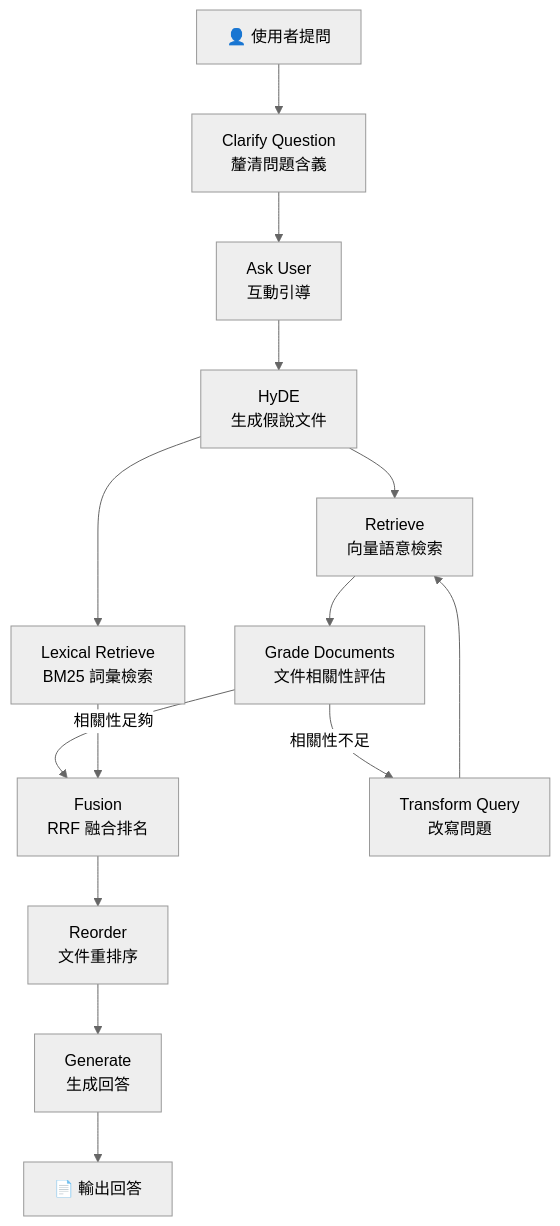
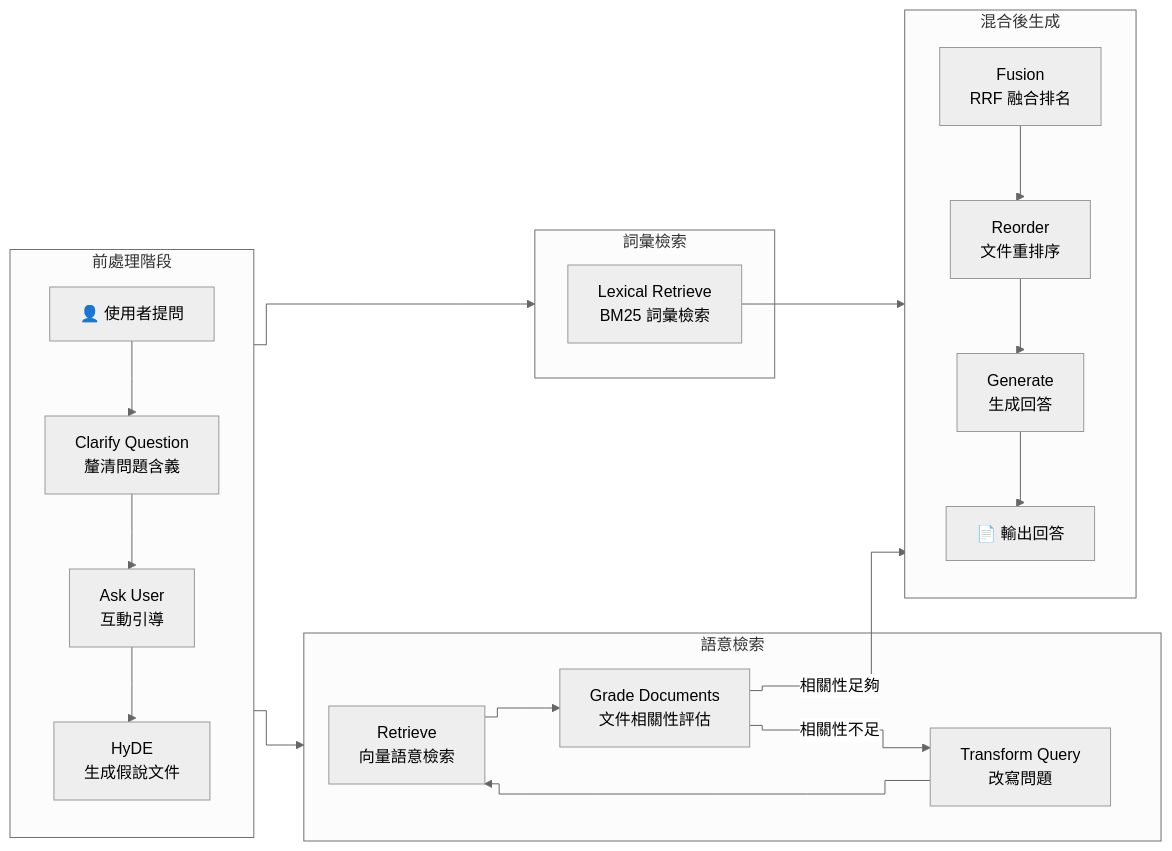
Before and after one commit to CharlieAlex/Box-Note-RAG: the diagram in README.md, drawn with Mermaid (neutral theme).

Commit message:
Update mermaid in README.

````diff
--- a/README.md
+++ b/README.md
@@ -24,16 +24,28 @@
 ```mermaid
-graph TD
-    A[👤 使用者提問] --> B[Clarify Question<br/>釐清問題含義]
-    B --> C[Ask User<br/>互動引導]
-    C --> D[HyDE<br/>生成假說文件]
-    D --> E[Retrieve<br/>向量語意檢索]
-    D --> F[Lexical Retrieve<br/>BM25 詞彙檢索]
-    E --> G[Grade Documents<br/>文件相關性評估]
-    G -->|相關性足夠| H[Fusion<br/>RRF 融合排名]
-    G -->|相關性不足| I[Transform Query<br/>改寫問題]
-    I --> E
-    F --> H
-    H --> J[Reorder<br/>文件重排序]
-    J --> K[Generate<br/>生成回答]
-    K --> L[📄 輸出回答]
+%%{ init: { "flowchart": { "curve": "step" } } }%%
+graph LR
+    subgraph P1 [前處理階段]
+        direction TB
+        A[👤 使用者提問] --> B[Clarify Question<br/>釐清問題含義]
+        B --> C[Ask User<br/>互動引導]
+        C --> D[HyDE<br/>生成假說文件]
+    end
+    subgraph P2 [語意檢索]
+        E[Retrieve<br/>向量語意檢索] --> G[Grade Documents<br/>文件相關性評估]
+        G -->|相關性不足| I[Transform Query<br/>改寫問題]
+        I --> E
+    end
+    subgraph P3 [詞彙檢索]
+        F[Lexical Retrieve<br/>BM25 詞彙檢索]
+    end
+    subgraph P4 [混合後生成]
+        direction TB
+        H[Fusion<br/>RRF 融合排名] --> J[Reorder<br/>文件重排序]
+        J --> K[Generate<br/>生成回答]
+        K --> L[📄 輸出回答]
+    end
+
+    P1 --> P2 & P3
+    F --> P4
+    G -->|相關性足夠| P4
 ```
````
